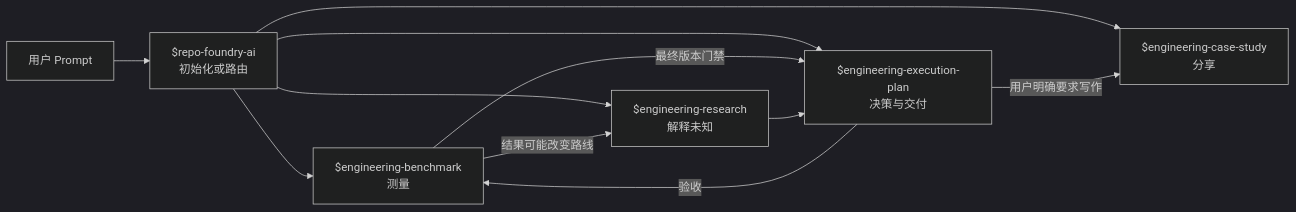
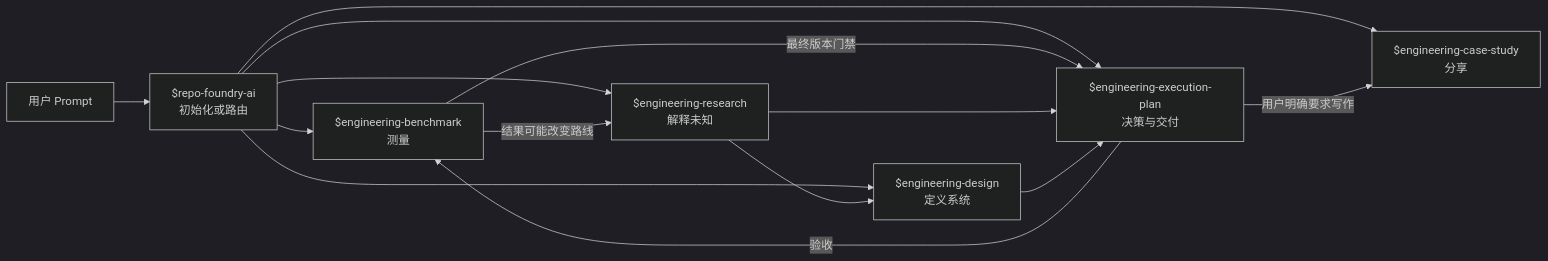
One commit to XiaoWeiKIN/RepoFoundryAI changed the first of 4 diagrams in examples/README.zh-CN.md. Above: the diagram before and after it, drawn with Mermaid (dark theme). The commit also changed other lines of this file and 52 other files, not shown here.

````diff
--- a/examples/README.zh-CN.md
+++ b/examples/README.zh-CN.md
@@ -10,13 +10,16 @@
 ```mermaid
 flowchart LR
     U["用户 Prompt"] --> W["$repo-foundry-ai<br/>初始化或路由"]
     W --> B["$engineering-benchmark<br/>测量"]
     W --> R["$engineering-research<br/>解释未知"]
+    W --> D["$engineering-design<br/>定义系统"]
     W --> E["$engineering-execution-plan<br/>决策与交付"]
     W --> C["$engineering-case-study<br/>分享"]
     B -->|"结果可能改变路线"| R
     B -->|"最终版本门禁"| E
+    R --> D
     R --> E
+    D --> E
     E -->|"验收"| B
     E -->|"用户明确要求写作"| C
 ```
````
